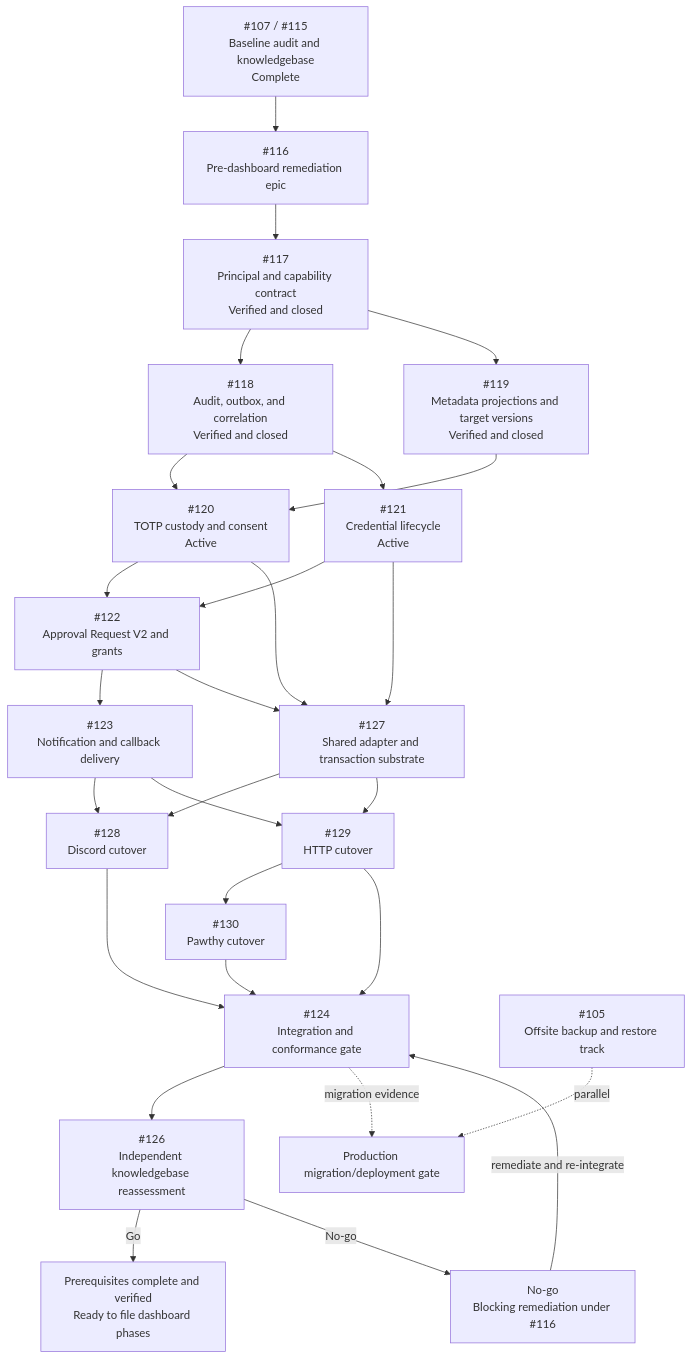
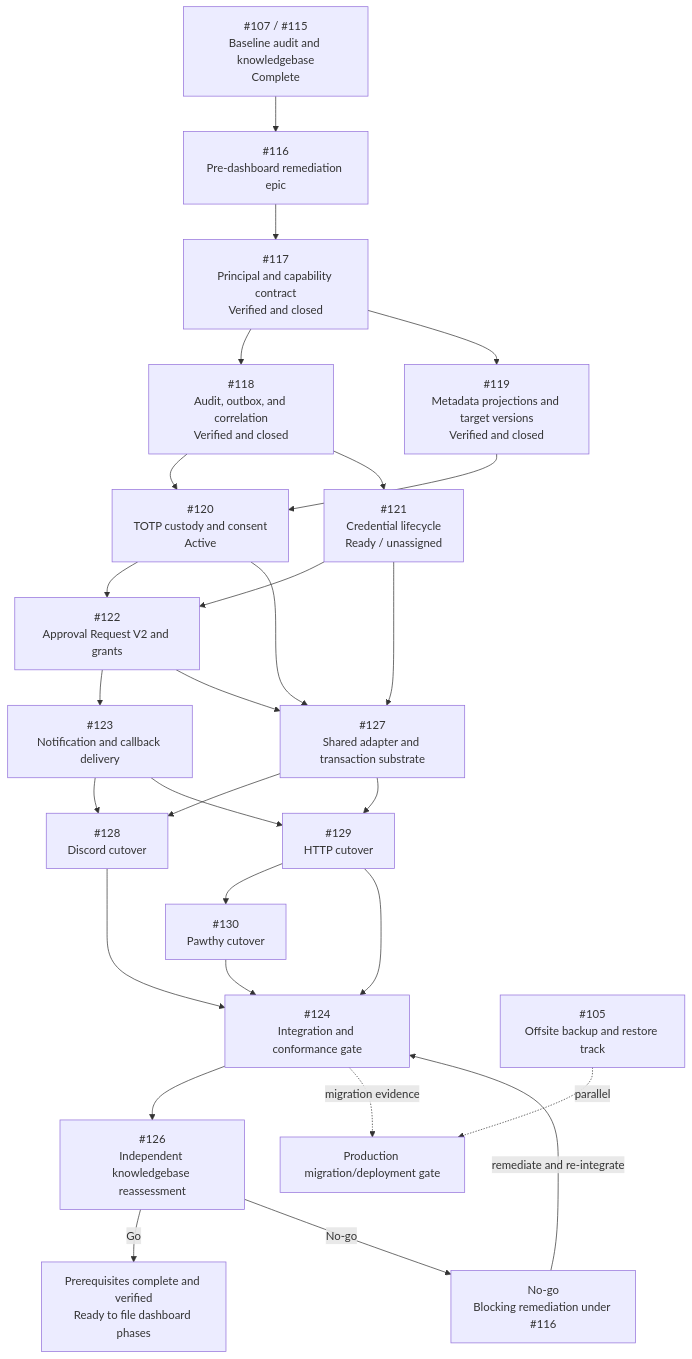
One commit to kuasha420/purrmission changed the diagram in docs/epics/rbac-prerequisite-execution-graph.md. Above: the diagram before and after it, drawn with Mermaid. The commit also changed other lines of this file and 27 other files, not shown here.

````diff
--- a/docs/epics/rbac-prerequisite-execution-graph.md
+++ b/docs/epics/rbac-prerequisite-execution-graph.md
@@ -76,50 +77,50 @@
 ```mermaid
 flowchart TD
   BASE["#107 / #115<br/>Baseline audit and knowledgebase<br/>Complete"]
   EPIC["#116<br/>Pre-dashboard remediation epic"]
   I117["#117<br/>Principal and capability contract<br/>Verified and closed"]
   I118["#118<br/>Audit, outbox, and correlation<br/>Verified and closed"]
   I119["#119<br/>Metadata projections and target versions<br/>Verified and closed"]
   I120["#120<br/>TOTP custody and consent<br/>Active"]
-  I121["#121<br/>Credential lifecycle<br/>Active"]
+  I121["#121<br/>Credential lifecycle<br/>Ready / unassigned"]
   I122["#122<br/>Approval Request V2 and grants"]
   I123["#123<br/>Notification and callback delivery"]
   I127["#127<br/>Shared adapter and transaction substrate"]
   I128["#128<br/>Discord cutover"]
   I129["#129<br/>HTTP cutover"]
   I130["#130<br/>Pawthy cutover"]
   I124["#124<br/>Integration and conformance gate"]
   I126["#126<br/>Independent knowledgebase reassessment"]
   READY["Prerequisites complete and verified<br/>Ready to file dashboard phases"]
   NOGO["No-go<br/>Blocking remediation under #116"]
   I105["#105<br/>Offsite backup and restore track"]
   PROD["Production migration/deployment gate"]
 
   BASE --> EPIC
   EPIC --> I117
   I117 --> I118
   I117 --> I119
   I118 --> I120
   I119 --> I120
   I118 --> I121
   I120 --> I122
   I121 --> I122
   I122 --> I123
   I120 --> I127
   I121 --> I127
   I122 --> I127
   I123 --> I128
   I127 --> I128
   I123 --> I129
   I127 --> I129
   I129 --> I130
   I128 --> I124
   I129 --> I124
   I130 --> I124
   I124 --> I126
   I126 -->|Go| READY
   I126 -->|No-go| NOGO
   NOGO -->|remediate and re-integrate| I124
   I105 -. parallel .-> PROD
   I124 -. migration evidence .-> PROD
 ```
````
